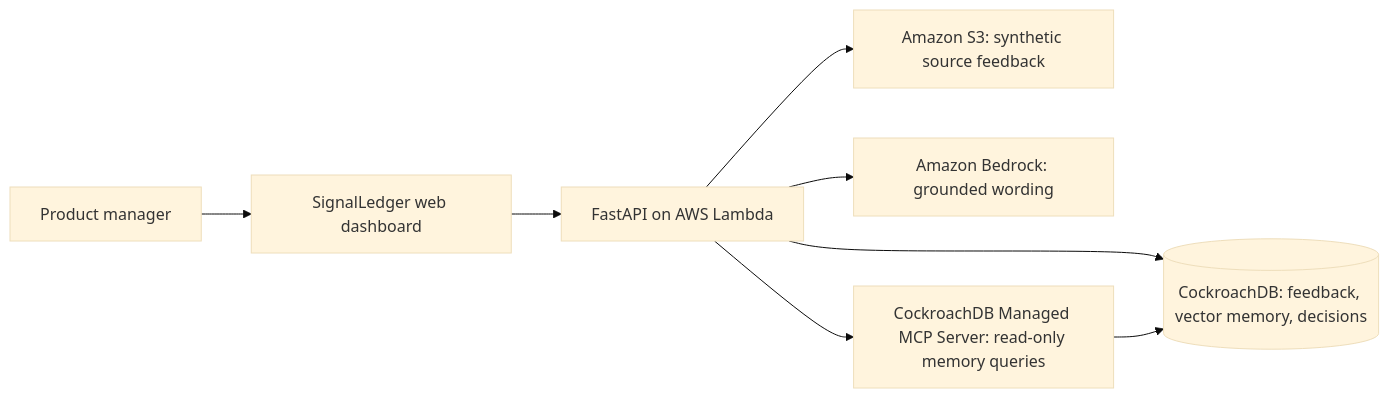
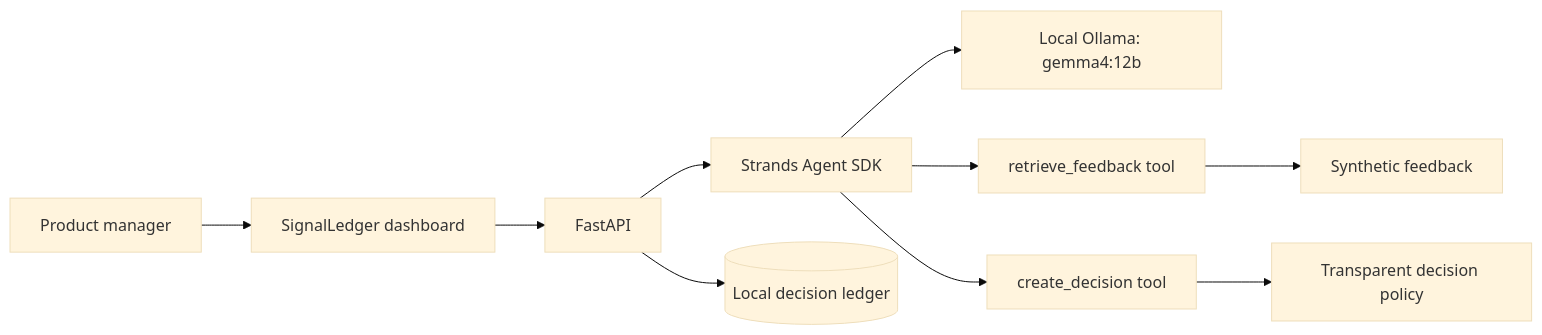
One commit to Liyd1993/signalledger changed the diagram in docs/architecture.md. Above: the diagram before and after it, drawn with Mermaid (base theme). The commit also changed other lines of this file and 11 other files, not shown here.

Commit message:
feat: add local Strands feedback agent

````diff
--- a/docs/architecture.md
+++ b/docs/architecture.md
@@ -3,10 +3,12 @@
 ```mermaid
 flowchart LR
-  U[Product manager] --> W[SignalLedger web dashboard]
-  W --> A[FastAPI on AWS Lambda]
-  A --> S3[Amazon S3: synthetic source feedback]
-  A --> B[Amazon Bedrock: grounded wording]
-  A --> DB[(CockroachDB: feedback, vector memory, decisions)]
-  A --> MCP[CockroachDB Managed MCP Server: read-only memory queries]
-  MCP --> DB
+  PM[Product manager] --> UI[SignalLedger dashboard]
+  UI --> API[FastAPI]
+  API --> SA[Strands Agent SDK]
+  SA --> O[Local Ollama: gemma4:12b]
+  SA --> R[retrieve_feedback tool]
+  SA --> D[create_decision tool]
+  R --> F[Synthetic feedback]
+  D --> P[Transparent decision policy]
+  API --> L[(Local decision ledger)]
 ```
````
